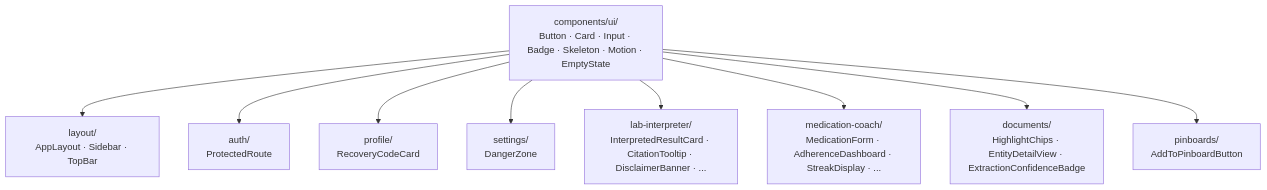
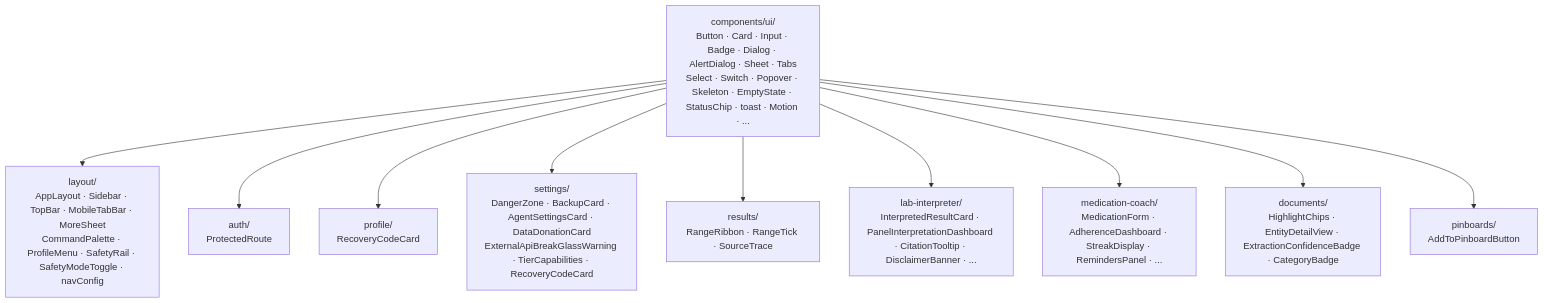
One commit to BrooklynD23/HealthCentral changed the fourth of 4 diagrams in docs/architecture/frontend.md. Above: the diagram before and after it, drawn with Mermaid. The commit also changed other lines of this file and 20 other files, not shown here.

````diff
--- a/docs/architecture/frontend.md
+++ b/docs/architecture/frontend.md
@@ -84,13 +139,14 @@
 ```mermaid
 flowchart TD
-    UI["components/ui/<br/>Button · Card · Input · Badge · Skeleton · Motion · EmptyState"]
+    UI["components/ui/<br/>Button · Card · Input · Badge · Dialog · AlertDialog · Sheet · Tabs<br/>Select · Switch · Popover · Skeleton · EmptyState · StatusChip · toast · Motion · ..."]
 
-    UI --> LAYOUT["layout/<br/>AppLayout · Sidebar · TopBar"]
+    UI --> LAYOUT["layout/<br/>AppLayout · Sidebar · TopBar · MobileTabBar · MoreSheet<br/>CommandPalette · ProfileMenu · SafetyRail · SafetyModeToggle · navConfig"]
     UI --> AUTHC["auth/<br/>ProtectedRoute"]
     UI --> PROFILE["profile/<br/>RecoveryCodeCard"]
-    UI --> SET["settings/<br/>DangerZone"]
-    UI --> LABS["lab-interpreter/<br/>InterpretedResultCard · CitationTooltip · DisclaimerBanner · ..."]
-    UI --> MEDC["medication-coach/<br/>MedicationForm · AdherenceDashboard · StreakDisplay · ..."]
-    UI --> DOCS["documents/<br/>HighlightChips · EntityDetailView · ExtractionConfidenceBadge"]
+    UI --> SET["settings/<br/>DangerZone · BackupCard · AgentSettingsCard · DataDonationCard<br/>ExternalApiBreakGlassWarning · TierCapabilities · RecoveryCodeCard"]
+    UI --> RES["results/<br/>RangeRibbon · RangeTick · SourceTrace"]
+    UI --> LABS["lab-interpreter/<br/>InterpretedResultCard · PanelInterpretationDashboard · CitationTooltip · DisclaimerBanner · ..."]
+    UI --> MEDC["medication-coach/<br/>MedicationForm · AdherenceDashboard · StreakDisplay · RemindersPanel · ..."]
+    UI --> DOCS["documents/<br/>HighlightChips · EntityDetailView · ExtractionConfidenceBadge · CategoryBadge"]
     UI --> PINC["pinboards/<br/>AddToPinboardButton"]
 ```
````
